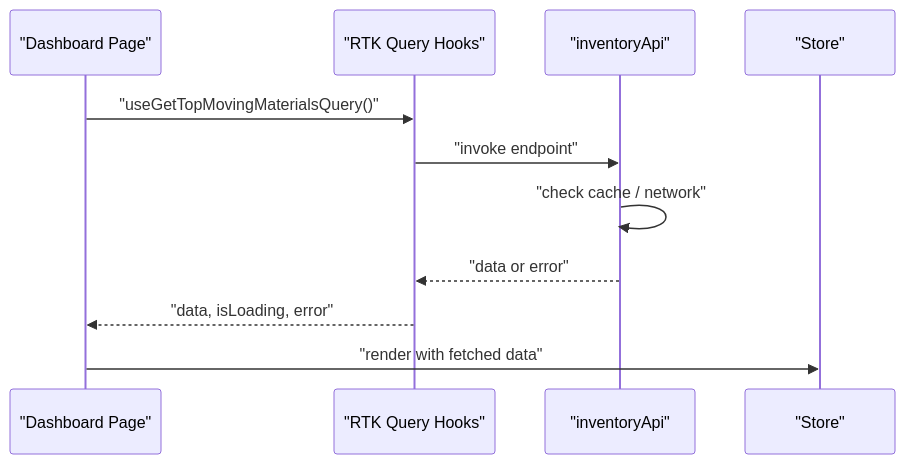
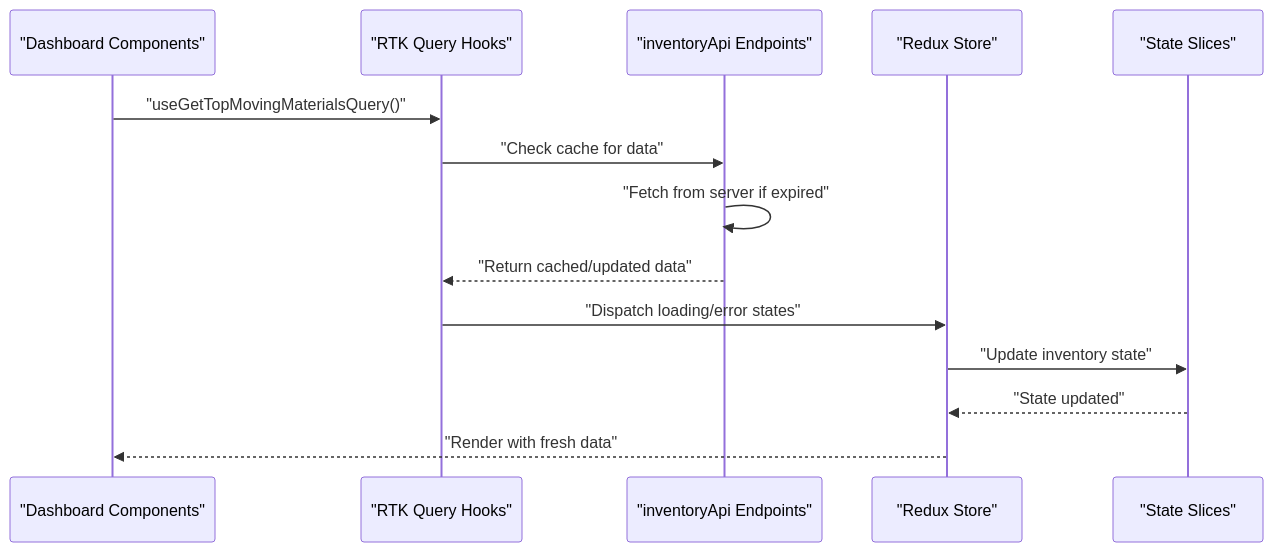
The second of 8 diagrams in .qoder/repowiki/en/content/State Management.md (cacamarica/dashboard-ai), drawn with Mermaid before and after one commit. The commit also changed other lines of this file and 14 other files, not shown here.

````diff
--- a/.qoder/repowiki/en/content/State Management.md
+++ b/.qoder/repowiki/en/content/State Management.md
@@ -114,13 +159,16 @@
 ```mermaid
 sequenceDiagram
-participant UI as "Dashboard Page"
-participant Hook as "RTK Query Hooks"
-participant API as "inventoryApi"
-participant Store as "Store"
-UI->>Hook : "useGetTopMovingMaterialsQuery()"
-Hook->>API : "invoke endpoint"
-API->>API : "check cache / network"
-API-->>Hook : "data or error"
-Hook-->>UI : "data, isLoading, error"
-UI->>Store : "render with fetched data"
+participant UI as "Dashboard Components"
+participant Hooks as "RTK Query Hooks"
+participant API as "inventoryApi Endpoints"
+participant Store as "Redux Store"
+participant Slice as "State Slices"
+UI->>Hooks : "useGetTopMovingMaterialsQuery()"
+Hooks->>API : "Check cache for data"
+API->>API : "Fetch from server if expired"
+API-->>Hooks : "Return cached/updated data"
+Hooks->>Store : "Dispatch loading/error states"
+Store->>Slice : "Update inventory state"
+Slice-->>Store : "State updated"
+Store-->>UI : "Render with fresh data"
 ```
````
